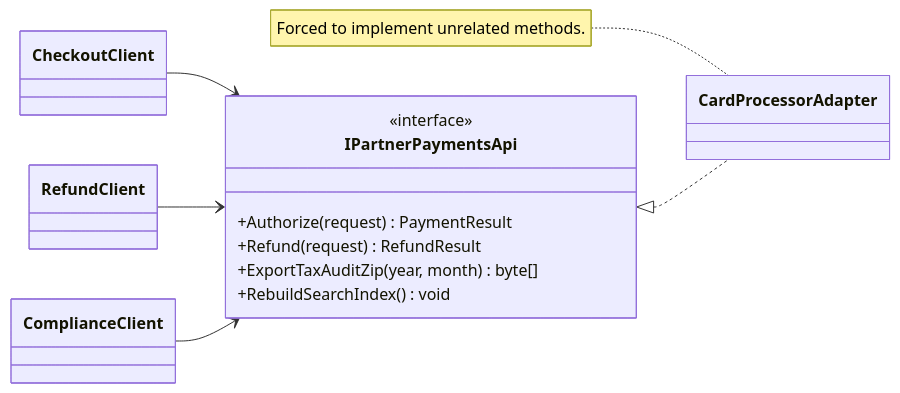
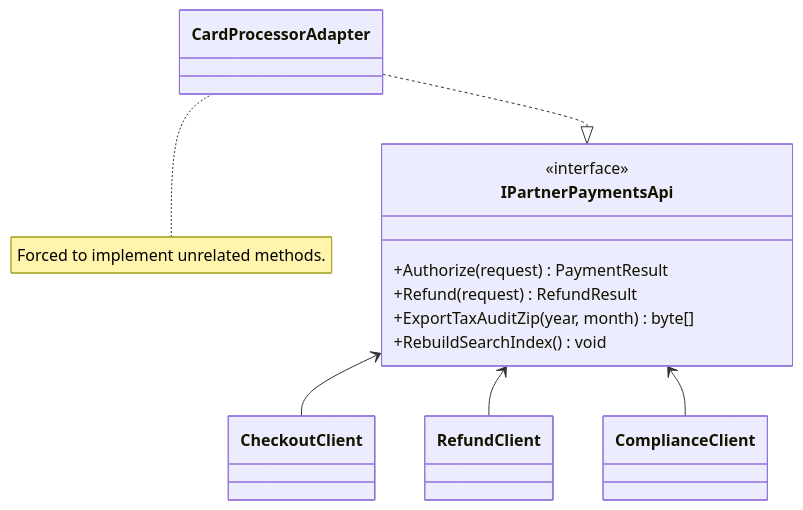
Before and after one commit to jeff-adkisson/swe-4743-spring-2026-oo-design: the eighth of 10 diagrams in presentations/07-interface-segregation-principle.md, drawn with Mermaid. The commit also changed other lines of this file, not shown here.

Commit message:
Updated mermaid flow direction

````diff
--- a/presentations/07-interface-segregation-principle.md
+++ b/presentations/07-interface-segregation-principle.md
@@ -1287,24 +1311,24 @@
 ```mermaid
 classDiagram
-direction LR
+direction BT
 
 class IPartnerPaymentsApi {
   <<interface>>
   +Authorize(request) PaymentResult
   +Refund(request) RefundResult
   +ExportTaxAuditZip(year, month) byte[]
   +RebuildSearchIndex() void
 }
 
 class CheckoutClient
 class RefundClient
 class ComplianceClient
 class CardProcessorAdapter
 
 CheckoutClient --> IPartnerPaymentsApi
 RefundClient --> IPartnerPaymentsApi
 ComplianceClient --> IPartnerPaymentsApi
 IPartnerPaymentsApi <|.. CardProcessorAdapter
 
 note for CardProcessorAdapter "Forced to implement unrelated methods."
 ```
````
